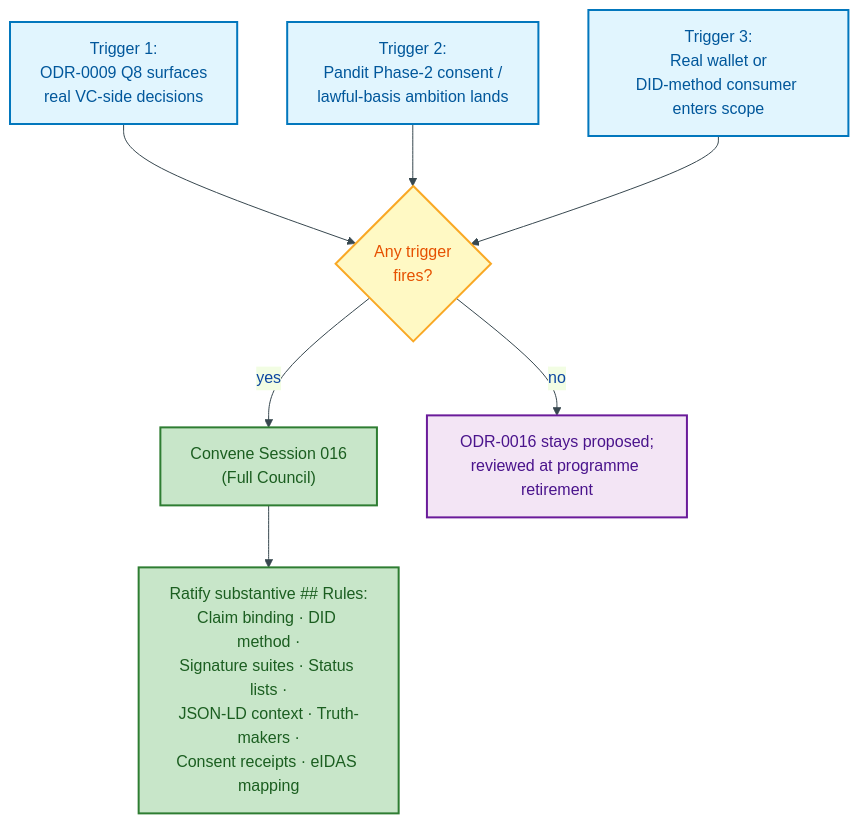
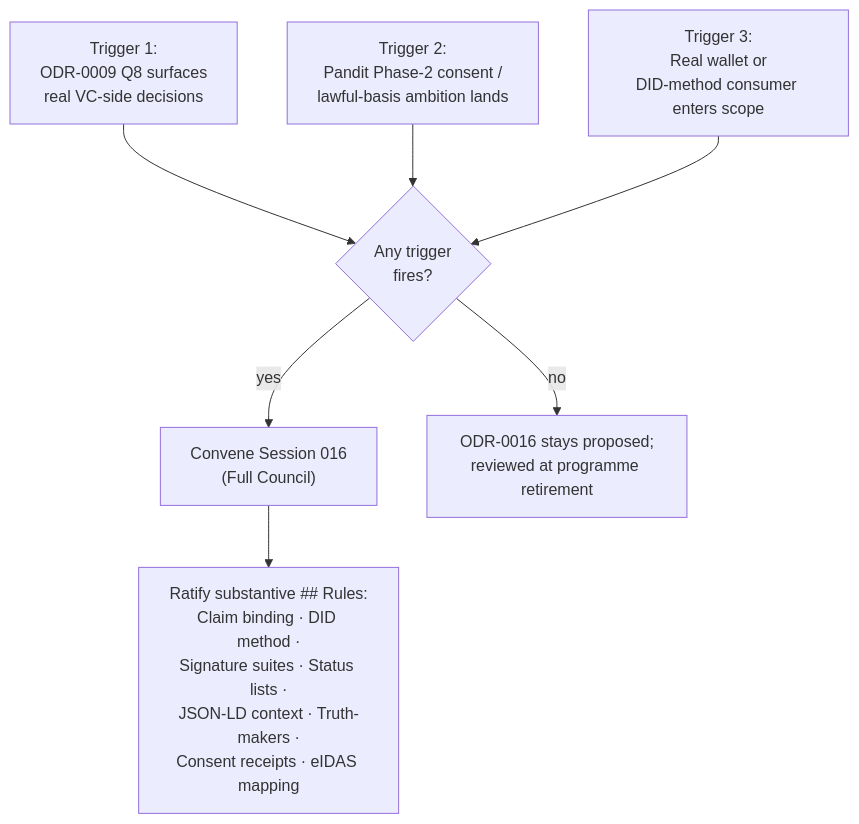
Before and after one commit to sparkling/opda: the fourth of 4 diagrams in docs/ontology/odr/ODR-0016-w3c-vc-did-compatibility.md, drawn with Mermaid. The commit also changed other lines of this file and 25 other files, not shown here.

````diff
--- a/docs/ontology/odr/ODR-0016-w3c-vc-did-compatibility.md
+++ b/docs/ontology/odr/ODR-0016-w3c-vc-did-compatibility.md
@@ -166,25 +157,20 @@
 ```mermaid
-%%{init:{"theme":"base","themeVariables":{"primaryColor":"#E3F2FD","primaryTextColor":"#0D47A1","primaryBorderColor":"#1565C0","lineColor":"#37474F"}}}%%
 flowchart TD
     accTitle: ODR-0016 activation trigger decision flowchart
     accDescr: Shows three named activation triggers — ODR-0009 Q8, Pandit Phase-2 consent receipts, and a real wallet or DID consumer — each leading to Session 016.
-    classDef trigger fill:#E1F5FE,stroke:#0277BD,stroke-width:2px,color:#01579B
-    classDef decision fill:#FFF9C4,stroke:#F9A825,stroke-width:2px,color:#E65100
-    classDef outcome fill:#C8E6C9,stroke:#2E7D32,stroke-width:2px,color:#1B5E20
-    classDef deferred fill:#F3E5F5,stroke:#6A1B9A,stroke-width:2px,color:#4A148C
 
-    T1["Trigger 1:<br/>ODR-0009 Q8 surfaces<br/>real VC-side decisions"]:::trigger
-    T2["Trigger 2:<br/>Pandit Phase-2 consent /<br/>lawful-basis ambition lands"]:::trigger
-    T3["Trigger 3:<br/>Real wallet or<br/>DID-method consumer enters scope"]:::trigger
+    T1["Trigger 1:<br/>ODR-0009 Q8 surfaces<br/>real VC-side decisions"]:::process
+    T2["Trigger 2:<br/>Pandit Phase-2 consent /<br/>lawful-basis ambition lands"]:::process
+    T3["Trigger 3:<br/>Real wallet or<br/>DID-method consumer enters scope"]:::process
 
-    D{"Any trigger<br/>fires?"}:::decision
+    D{"Any trigger<br/>fires?"}:::warning
 
     T1 --> D
     T2 --> D
     T3 --> D
 
-    D -->|"yes"| S016["Convene Session 016<br/>(Full Council)"]:::outcome
-    D -->|"no"| DEFER["ODR-0016 stays proposed;<br/>reviewed at programme retirement"]:::deferred
+    D -->|"yes"| S016["Convene Session 016<br/>(Full Council)"]:::success
+    D -->|"no"| DEFER["ODR-0016 stays proposed;<br/>reviewed at programme retirement"]:::user
 
-    S016 --> RULES["Ratify substantive ## Rules:<br/>Claim binding · DID method ·<br/>Signature suites · Status lists ·<br/>JSON-LD context · Truth-makers ·<br/>Consent receipts · eIDAS mapping"]:::outcome
+    S016 --> RULES["Ratify substantive ## Rules:<br/>Claim binding · DID method ·<br/>Signature suites · Status lists ·<br/>JSON-LD context · Truth-makers ·<br/>Consent receipts · eIDAS mapping"]:::success
 ```
````
